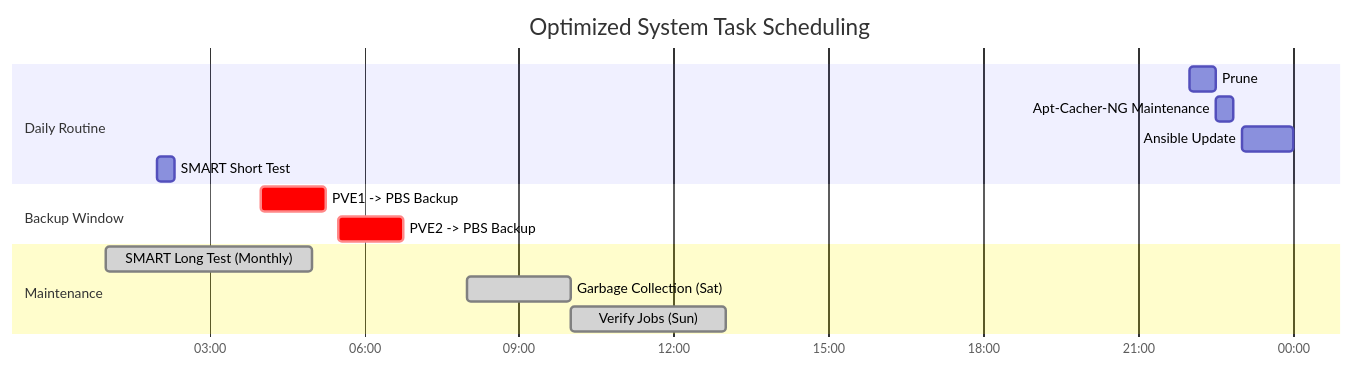
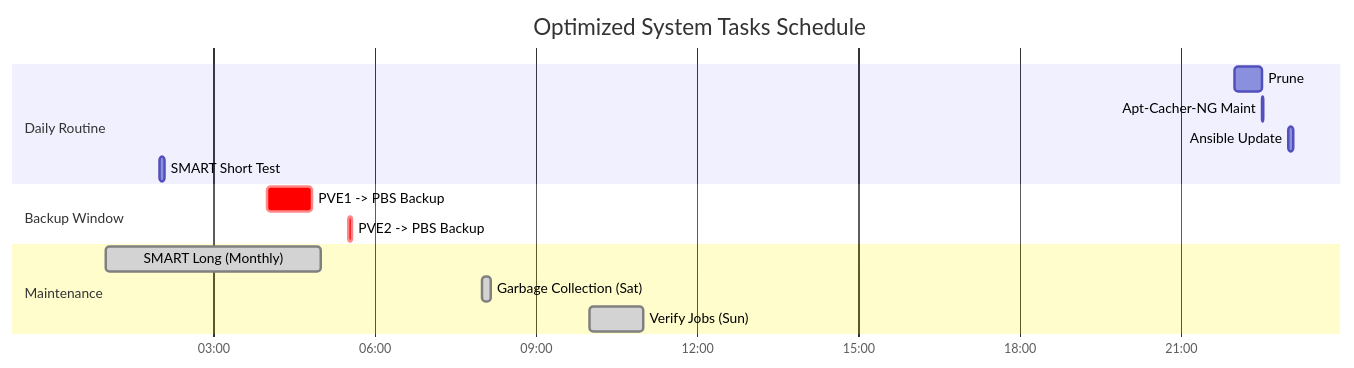
The second of 2 diagrams in 13-Design_Decisions/README.md (torokrolf/homelab), drawn with Mermaid before and after one commit. The commit also changed other lines of this file, not shown here.

````diff
--- a/13-Design_Decisions/README.md
+++ b/13-Design_Decisions/README.md
@@ -132,22 +140,22 @@
 ```mermaid
 gantt
-    title Optimized System Task Scheduling
+    title Optimized System Tasks Schedule
     dateFormat  HH:mm
     axisFormat  %H:%M
     todayMarker off
 
     section Daily Routine
     Prune                        : 22:00, 30m
-    Apt-Cacher-NG Maintenance    : 22:30, 20m
-    Ansible Update               : 23:00, 60m
-    SMART Short Test             : 02:00, 20m
+    Apt-Cacher-NG Maint          : 22:30, 1m
+    Ansible Update               : 23:00, 5m
+    SMART Short Test             : 02:00, 5m
 
     section Backup Window
-    PVE1 -> PBS Backup           :crit, 04:00, 75m
-    PVE2 -> PBS Backup           :crit, 05:30, 75m
+    PVE1 -> PBS Backup           :crit, 04:00, 50m
+    PVE2 -> PBS Backup           :crit, 05:30, 5m
 
     section Maintenance
-    SMART Long Test (Monthly)    :done, 01:00, 4h
-    Garbage Collection (Sat)     :done, 08:00, 2h
-    Verify Jobs (Sun)            :done, 10:00, 3h
+    SMART Long (Monthly)         :done, 01:00, 4h
+    Garbage Collection (Sat)     :done, 08:00, 10m
+    Verify Jobs (Sun)            :done, 10:00, 1h
 ```
````
